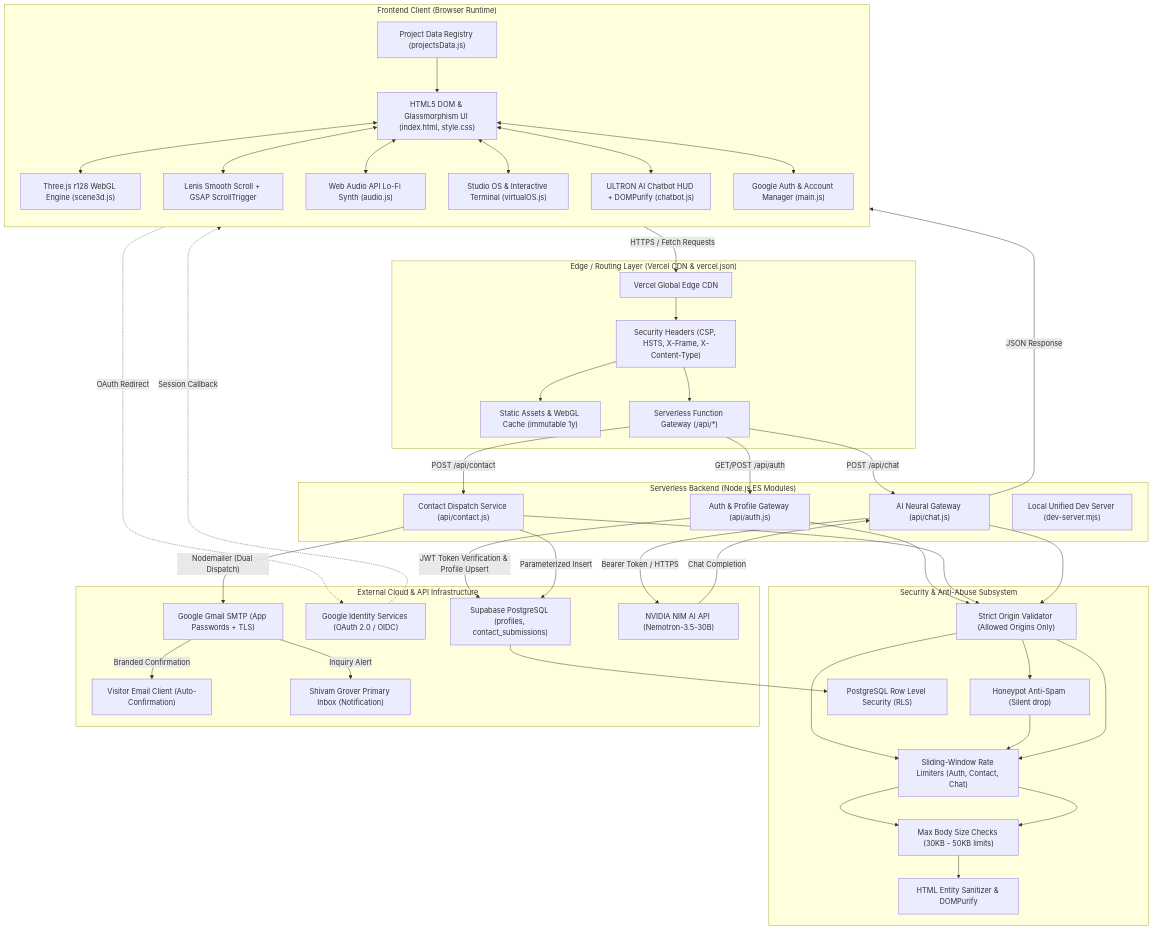
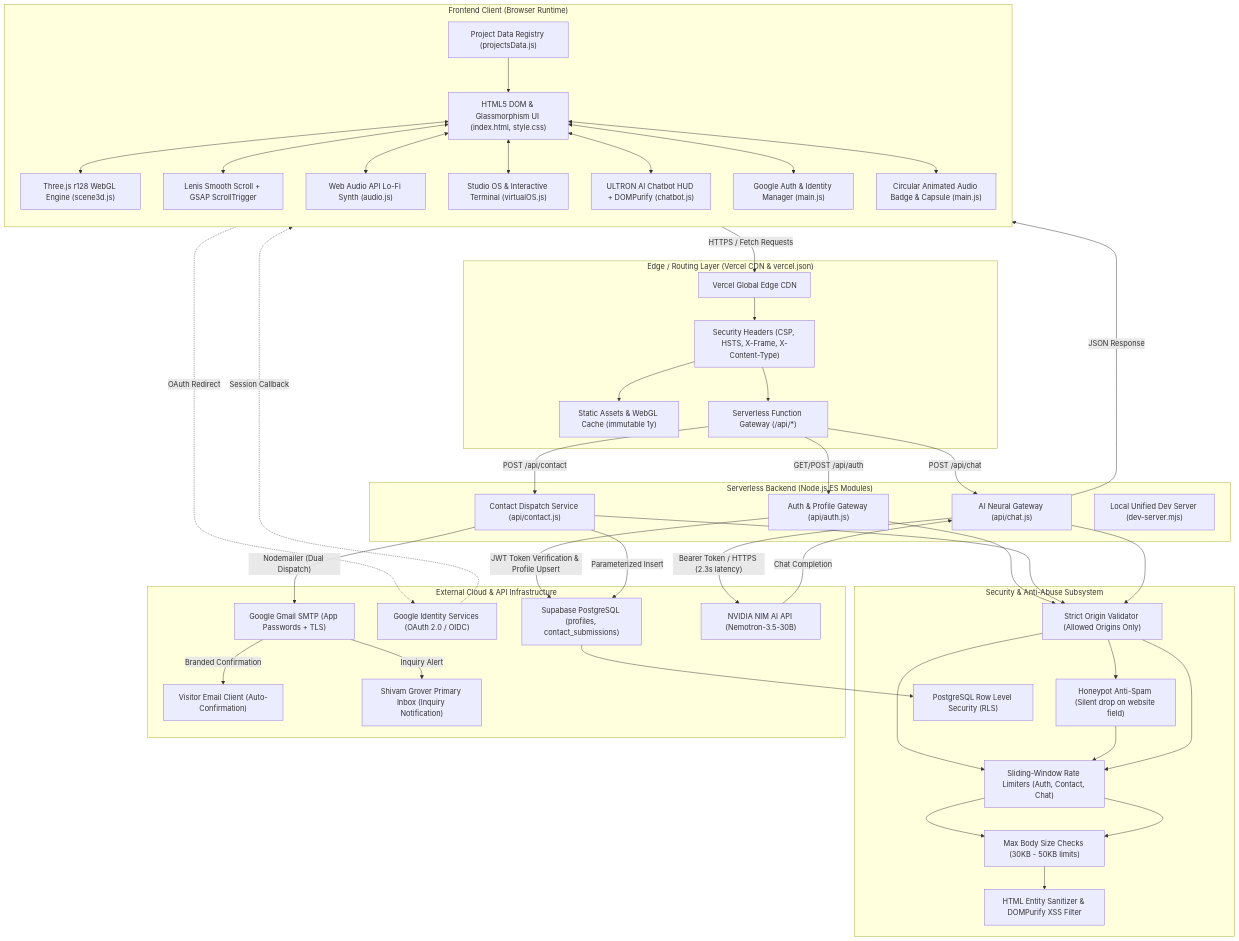
Before and after one commit to ShivamGrover-05/3D-Portfolio: the first of 13 diagrams in FLOWCHARTS.md, drawn with Mermaid. The commit also changed other lines of this file, not shown here.

Commit message:
docs: comprehensive update to system flowcharts, function reference, and API architecture

````diff
--- a/FLOWCHARTS.md
+++ b/FLOWCHARTS.md
@@ -32,7 +48,8 @@
         AudioEngine["Web Audio API Lo-Fi Synth (audio.js)"]
         VirtualOS["Studio OS & Interactive Terminal (virtualOS.js)"]
         UltronHUD["ULTRON AI Chatbot HUD + DOMPurify (chatbot.js)"]
-        AuthWidget["Google Auth & Account Manager (main.js)"]
+        AuthWidget["Google Auth & Identity Manager (main.js)"]
+        AudioCapsule["Circular Animated Audio Badge & Capsule (main.js)"]
         DataRegistry["Project Data Registry (projectsData.js)"]
     end
 
@@ -52,10 +69,10 @@
 
     subgraph SecurityControls["Security & Anti-Abuse Subsystem"]
         CORSFilter["Strict Origin Validator (Allowed Origins Only)"]
-        Honeypot["Honeypot Anti-Spam (Silent drop)"]
+        Honeypot["Honeypot Anti-Spam (Silent drop on website field)"]
         RateLimiters["Sliding-Window Rate Limiters (Auth, Contact, Chat)"]
         PayloadLimits["Max Body Size Checks (30KB - 50KB limits)"]
-        InputSanitize["HTML Entity Sanitizer & DOMPurify"]
+        InputSanitize["HTML Entity Sanitizer & DOMPurify XSS Filter"]
         RLS["PostgreSQL Row Level Security (RLS)"]
     end
 
@@ -65,18 +82,20 @@
         GmailSMTP["Google Gmail SMTP (App Passwords + TLS)"]
         NvidiaNIM["NVIDIA NIM AI API (Nemotron-3.5-30B)"]
         VisitorInbox["Visitor Email Client (Auto-Confirmation)"]
-        AdminInbox["Shivam Grover Primary Inbox (Notification)"]
+        AdminInbox["Shivam Grover Primary Inbox (Inquiry Notification)"]
     end
 
-    %% Client to Edge
+    %% Client Interactions
     DOM <--> ThreeCanvas
     DOM <--> LenisScroll
     DOM <--> AudioEngine
     DOM <--> VirtualOS
     DOM <--> UltronHUD
     DOM <--> AuthWidget
+    DOM <--> AudioCapsule
     DataRegistry --> DOM
 
+    %% Client to Edge
     ClientLayer -- "HTTPS / Fetch Requests" --> EdgeCDN
     EdgeCDN --> SecHeaders
     SecHeaders --> StaticRouter
@@ -104,7 +123,7 @@
     GmailSMTP -- "Inquiry Alert" --> AdminInbox
     GmailSMTP -- "Branded Confirmation" --> VisitorInbox
 
-    ChatAPI -- "Bearer Token / HTTPS" --> NvidiaNIM
+    ChatAPI -- "Bearer Token / HTTPS (2.3s latency)" --> NvidiaNIM
     NvidiaNIM -- "Chat Completion" --> ChatAPI
     ChatAPI -- "JSON Response" --> UltronHUD
 ```
````
